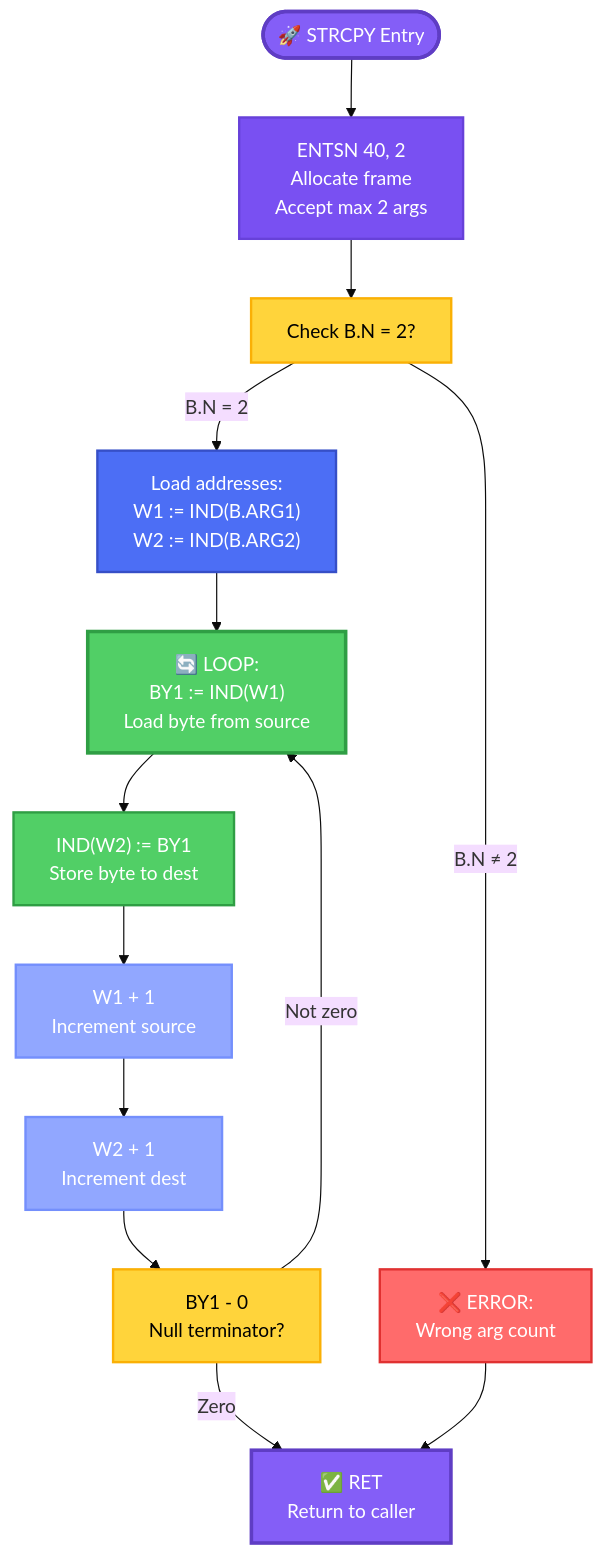
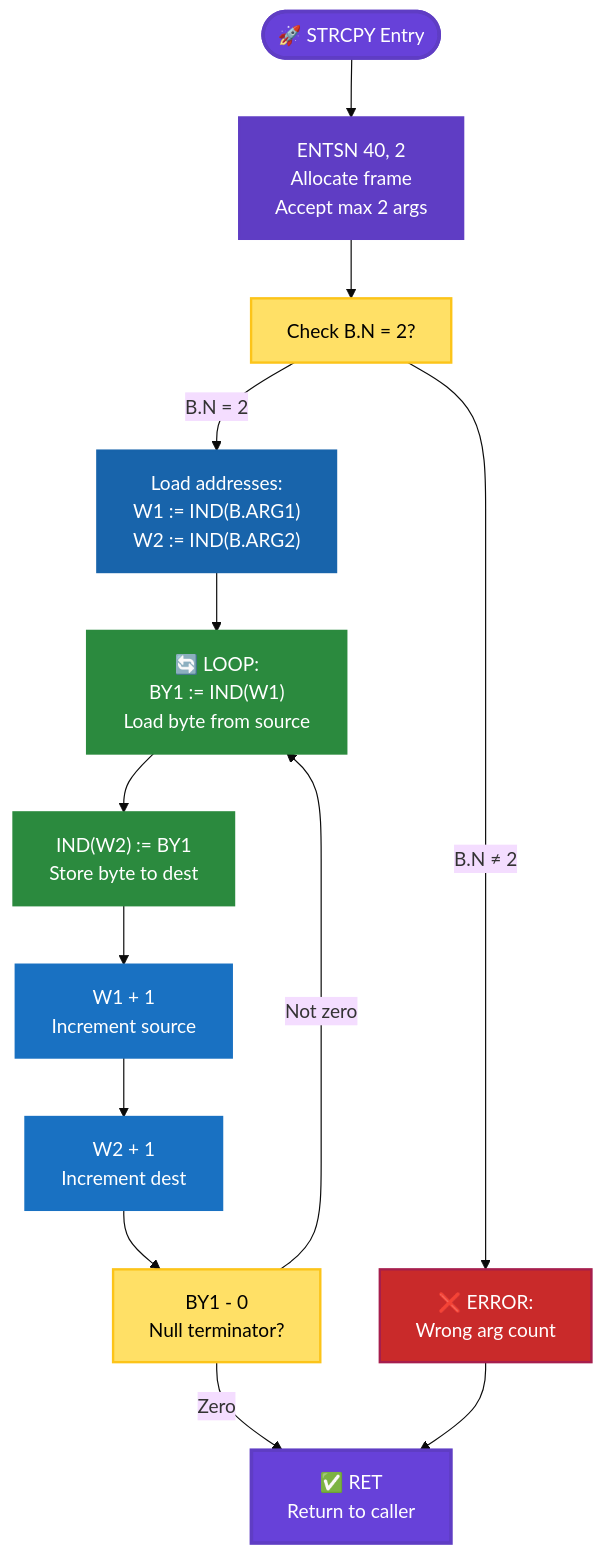
One commit to RetroCoreLabs/nd500x changed diagram 20 of 25 in docs/CALL_and_ENTRY_Points_Explained.md. Above: the diagram before and after it, drawn with Mermaid (base theme). The commit also changed other lines of this file, not shown here.

First line of the commit message:
docs: Make Mermaid diagrams WCAG 2.1 Level AA compliant (EAA 2025)

````diff
--- a/docs/CALL_and_ENTRY_Points_Explained.md
+++ b/docs/CALL_and_ENTRY_Points_Explained.md
@@ -985,31 +985,31 @@
 ```mermaid
 flowchart TD
     Start([🚀 STRCPY Entry]) --> Entry["ENTSN 40, 2<br/>Allocate frame<br/>Accept max 2 args"]
 
     Entry --> Check["Check B.N = 2?"]
     Check -->|"B.N ≠ 2"| Error["❌ ERROR:<br/>Wrong arg count"]
     Check -->|"B.N = 2"| Load["Load addresses:<br/>W1 := IND(B.ARG1)<br/>W2 := IND(B.ARG2)"]
 
     Load --> Loop["🔄 LOOP:<br/>BY1 := IND(W1)<br/>Load byte from source"]
     Loop --> Store["IND(W2) := BY1<br/>Store byte to dest"]
     Store --> Inc1["W1 + 1<br/>Increment source"]
     Inc1 --> Inc2["W2 + 1<br/>Increment dest"]
     Inc2 --> Test["BY1 - 0<br/>Null terminator?"]
 
     Test -->|"Not zero"| Loop
     Test -->|"Zero"| Return["✅ RET<br/>Return to caller"]
 
     Error --> Return
 
-    style Start fill:#845ef7,stroke:#5f3dc4,stroke-width:3px,color:#fff
-    style Entry fill:#7950f2,stroke:#6741d9,stroke-width:2px,color:#fff
-    style Check fill:#ffd43b,stroke:#fab005,stroke-width:2px,color:#000
-    style Load fill:#4c6ef5,stroke:#364fc7,stroke-width:2px,color:#fff
-    style Loop fill:#51cf66,stroke:#2f9e44,stroke-width:3px,color:#fff
-    style Store fill:#51cf66,stroke:#2f9e44,stroke-width:2px,color:#fff
-    style Inc1 fill:#91a7ff,stroke:#748ffc,stroke-width:2px,color:#fff
-    style Inc2 fill:#91a7ff,stroke:#748ffc,stroke-width:2px,color:#fff
-    style Test fill:#ffd43b,stroke:#fab005,stroke-width:2px,color:#000
-    style Return fill:#845ef7,stroke:#5f3dc4,stroke-width:3px,color:#fff
-    style Error fill:#ff6b6b,stroke:#e03131,stroke-width:2px,color:#fff
+    style Start fill:#6741d9,stroke:#5f3dc4,stroke-width:3px,color:#fff
+    style Entry fill:#5f3dc4,stroke:#5f3dc4,stroke-width:2px,color:#fff
+    style Check fill:#ffe066,stroke:#fcc419,stroke-width:2px,color:#000
+    style Load fill:#1864ab,stroke:#1864ab,stroke-width:2px,color:#fff
+    style Loop fill:#2b8a3e,stroke:#2b8a3e,stroke-width:3px,color:#fff
+    style Store fill:#2b8a3e,stroke:#2b8a3e,stroke-width:2px,color:#fff
+    style Inc1 fill:#1971c2,stroke:#1971c2,stroke-width:2px,color:#fff
+    style Inc2 fill:#1971c2,stroke:#1971c2,stroke-width:2px,color:#fff
+    style Test fill:#ffe066,stroke:#fcc419,stroke-width:2px,color:#000
+    style Return fill:#6741d9,stroke:#5f3dc4,stroke-width:3px,color:#fff
+    style Error fill:#c92a2a,stroke:#a61e4d,stroke-width:2px,color:#fff
 ```
````
